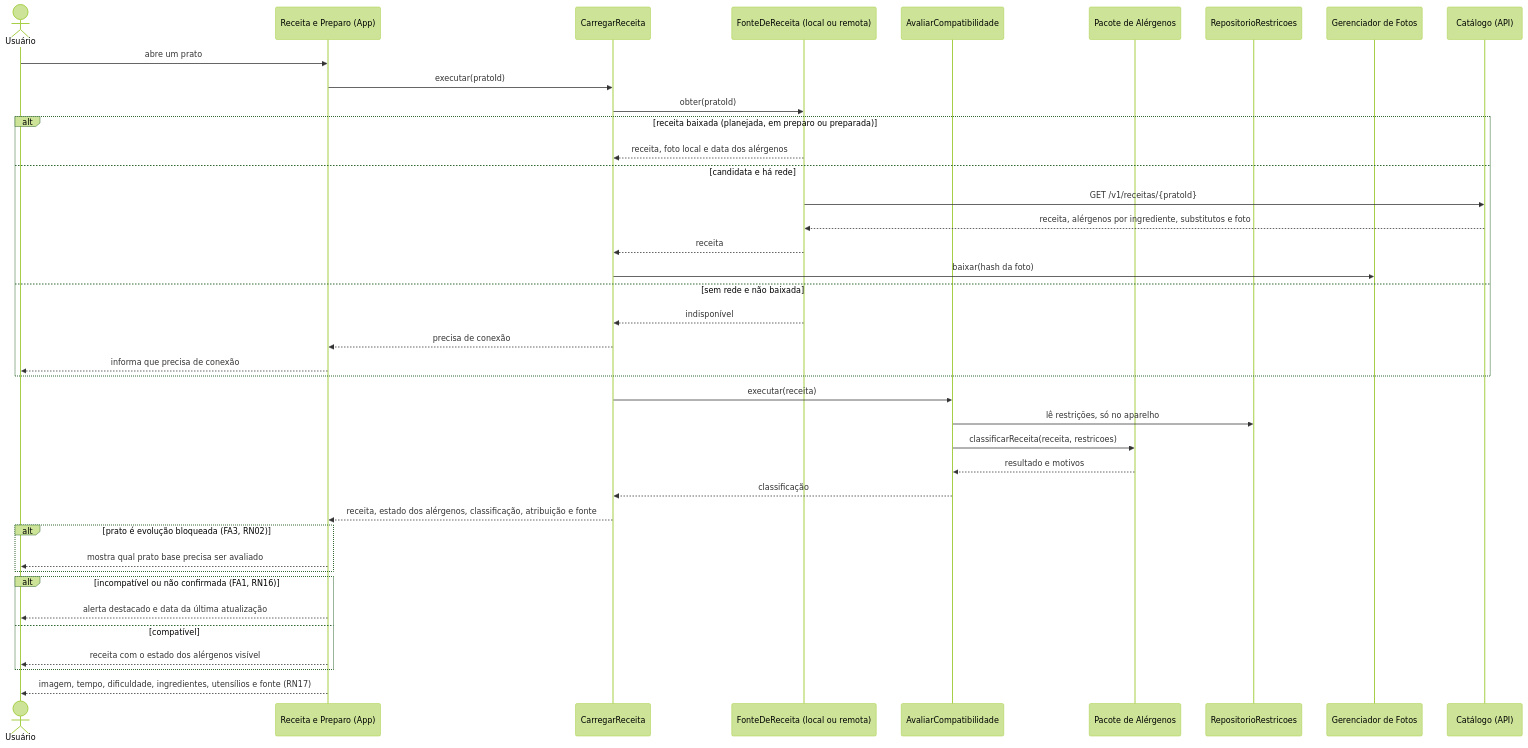
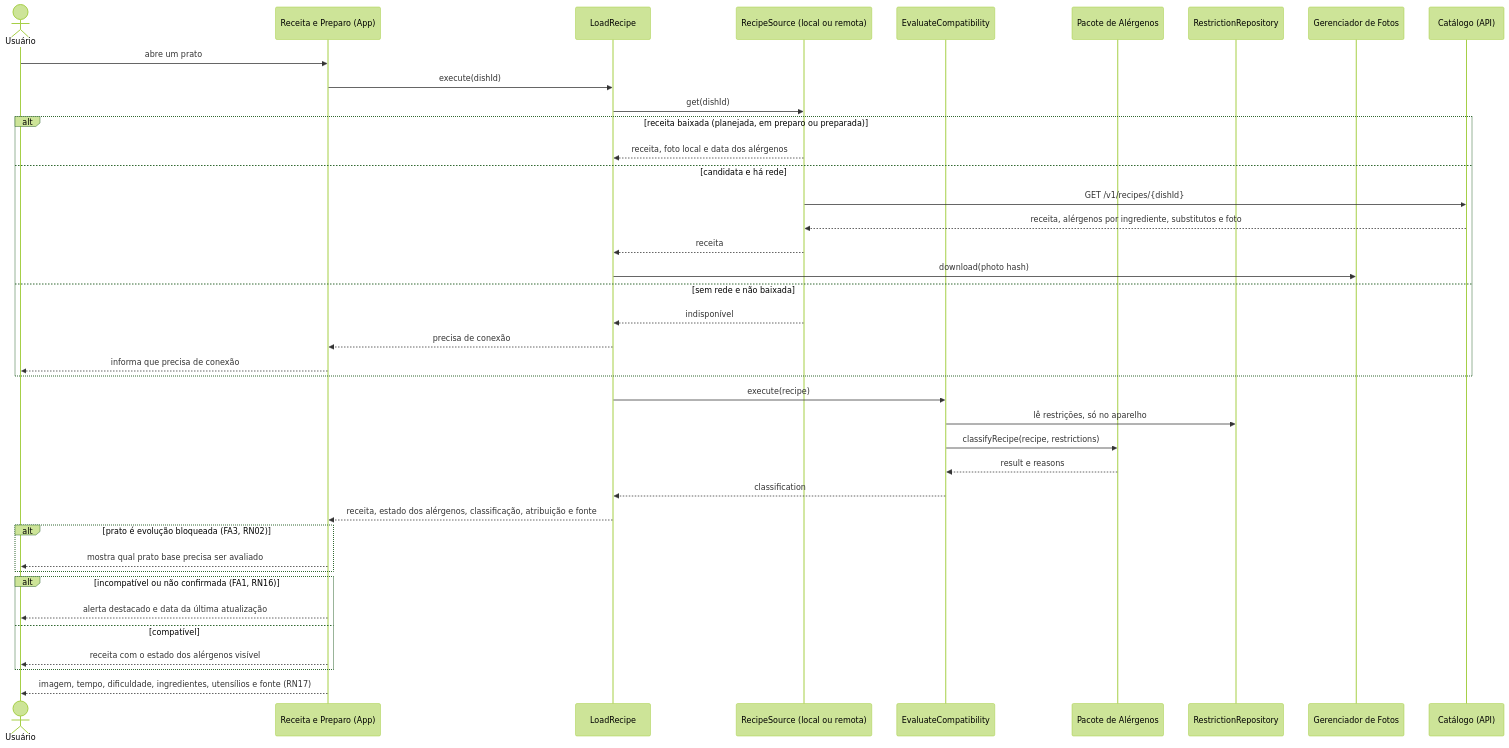
The first of 2 diagrams in docs/fase2/2.6-diagramas_fluxos_contratos/sequencia-uc04.md (AnnyFilgueiras/projeto_tsi), drawn with Mermaid (forest theme) before and after one commit. The commit also changed other lines of this file and 4 other files, not shown here.

Commit message:
docs: update class diagram and sequences to v1.1 (English identifiers, Tx)

````diff
--- a/docs/fase2/2.6-diagramas_fluxos_contratos/sequencia-uc04.md
+++ b/docs/fase2/2.6-diagramas_fluxos_contratos/sequencia-uc04.md
@@ -10,43 +11,43 @@
 ```mermaid
 sequenceDiagram
   actor U as Usuário
   participant RP as Receita e Preparo (App)
-  participant CA as CarregarReceita
-  participant FR as FonteDeReceita (local ou remota)
-  participant AC as AvaliarCompatibilidade
+  participant CA as LoadRecipe
+  participant FR as RecipeSource (local ou remota)
+  participant AC as EvaluateCompatibility
   participant RG as Pacote de Alérgenos
-  participant RE as RepositorioRestricoes
+  participant RE as RestrictionRepository
   participant GF as Gerenciador de Fotos
   participant API as Catálogo (API)
 
   U->>RP: abre um prato
-  RP->>CA: executar(pratoId)
-  CA->>FR: obter(pratoId)
+  RP->>CA: execute(dishId)
+  CA->>FR: get(dishId)
   alt receita baixada (planejada, em preparo ou preparada)
     FR-->>CA: receita, foto local e data dos alérgenos
   else candidata e há rede
-    FR->>API: GET /v1/receitas/{pratoId}
+    FR->>API: GET /v1/recipes/{dishId}
     API-->>FR: receita, alérgenos por ingrediente, substitutos e foto
     FR-->>CA: receita
-    CA->>GF: baixar(hash da foto)
+    CA->>GF: download(photo hash)
   else sem rede e não baixada
     FR-->>CA: indisponível
     CA-->>RP: precisa de conexão
     RP-->>U: informa que precisa de conexão
   end
-  CA->>AC: executar(receita)
+  CA->>AC: execute(recipe)
   AC->>RE: lê restrições, só no aparelho
-  AC->>RG: classificarReceita(receita, restricoes)
-  RG-->>AC: resultado e motivos
-  AC-->>CA: classificação
+  AC->>RG: classifyRecipe(recipe, restrictions)
+  RG-->>AC: result e reasons
+  AC-->>CA: classification
   CA-->>RP: receita, estado dos alérgenos, classificação, atribuição e fonte
   alt prato é evolução bloqueada (FA3, RN02)
     RP-->>U: mostra qual prato base precisa ser avaliado
   end
   alt incompatível ou não confirmada (FA1, RN16)
     RP-->>U: alerta destacado e data da última atualização
   else compatível
     RP-->>U: receita com o estado dos alérgenos visível
   end
   RP-->>U: imagem, tempo, dificuldade, ingredientes, utensílios e fonte (RN17)
 ```
````
